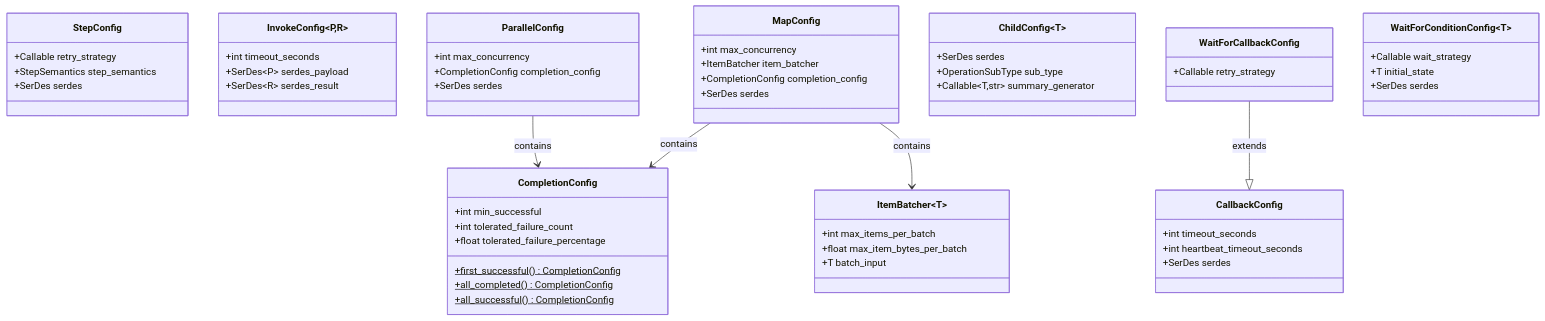
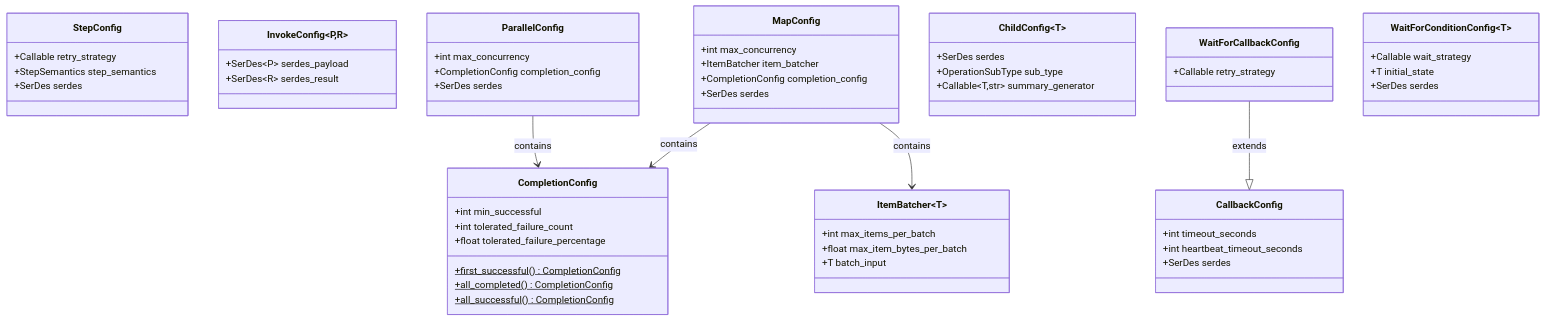
The third of 8 diagrams in docs/architecture.md (aws/aws-durable-execution-sdk-python), drawn with Mermaid before and after one commit. The commit also changed 6 other files, not shown here.

````diff
--- a/docs/architecture.md
+++ b/docs/architecture.md
@@ -170,69 +170,68 @@
 ```mermaid
 classDiagram
     class StepConfig {
         +Callable retry_strategy
         +StepSemantics step_semantics
         +SerDes serdes
     }
 
     class InvokeConfig~P,R~ {
-        +int timeout_seconds
         +SerDes~P~ serdes_payload
         +SerDes~R~ serdes_result
     }
 
     class MapConfig {
         +int max_concurrency
         +ItemBatcher item_batcher
         +CompletionConfig completion_config
         +SerDes serdes
     }
 
     class ParallelConfig {
         +int max_concurrency
         +CompletionConfig completion_config
         +SerDes serdes
     }
 
     class ChildConfig~T~ {
         +SerDes serdes
         +OperationSubType sub_type
         +Callable~T,str~ summary_generator
     }
 
     class CallbackConfig {
         +int timeout_seconds
         +int heartbeat_timeout_seconds
         +SerDes serdes
     }
 
     class WaitForCallbackConfig {
         +Callable retry_strategy
     }
 
     class WaitForConditionConfig~T~ {
         +Callable wait_strategy
         +T initial_state
         +SerDes serdes
     }
 
     class CompletionConfig {
         +int min_successful
         +int tolerated_failure_count
         +float tolerated_failure_percentage
         +first_successful()$ CompletionConfig
         +all_completed()$ CompletionConfig
         +all_successful()$ CompletionConfig
     }
 
     class ItemBatcher~T~ {
         +int max_items_per_batch
         +float max_item_bytes_per_batch
         +T batch_input
     }
 
     WaitForCallbackConfig --|> CallbackConfig : extends
     MapConfig --> CompletionConfig : contains
     MapConfig --> ItemBatcher : contains
     ParallelConfig --> CompletionConfig : contains
 ```
````
